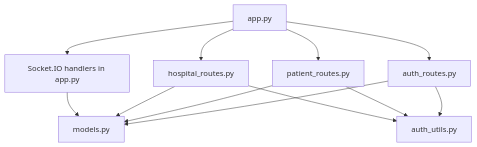
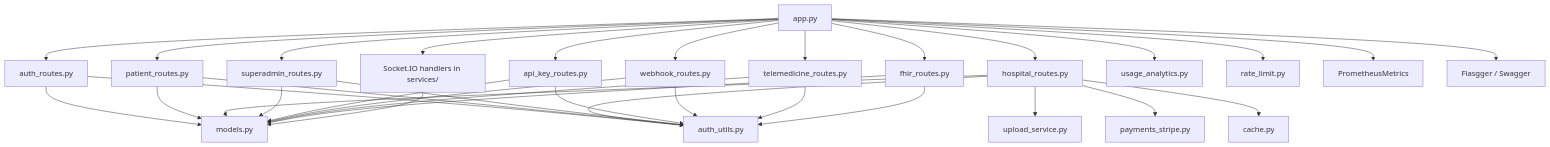
Before and after one commit to eklavyamathur9/pulse-hms-platform: the first of 2 diagrams in docs/backend.md, drawn with Mermaid. The commit also changed other lines of this file and 10 other files, not shown here.

````diff
--- a/docs/backend.md
+++ b/docs/backend.md
@@ -67,14 +129,40 @@
 ```mermaid
 flowchart TD
   app[app.py] --> auth[auth_routes.py]
   app --> patient[patient_routes.py]
   app --> hospital[hospital_routes.py]
-  app --> socket[Socket.IO handlers in app.py]
+  app --> superadmin[superadmin_routes.py]
+  app --> api_key[api_key_routes.py]
+  app --> webhook[webhook_routes.py]
+  app --> telemedicine[telemedicine_routes.py]
+  app --> fhir[fhir_routes.py]
+  app --> socket[Socket.IO handlers in services/]
+  app --> usage[usage_analytics.py]
+
   auth --> models[models.py]
   patient --> models
   hospital --> models
+  superadmin --> models
+  api_key --> models
+  webhook --> models
+  telemedicine --> models
+  fhir --> models
   socket --> models
+
   auth --> utils[auth_utils.py]
   patient --> utils
   hospital --> utils
+  superadmin --> utils
+  api_key --> utils
+  webhook --> utils
+  telemedicine --> utils
+  fhir --> utils
+
+  hospital --> upload[upload_service.py]
+  hospital --> pay[payments_stripe.py]
+  hospital --> cache[cache.py]
+
+  app --> limiter[rate_limit.py]
+  app --> metrics[PrometheusMetrics]
+  app --> swagger[Flasgger / Swagger]
 ```
````
